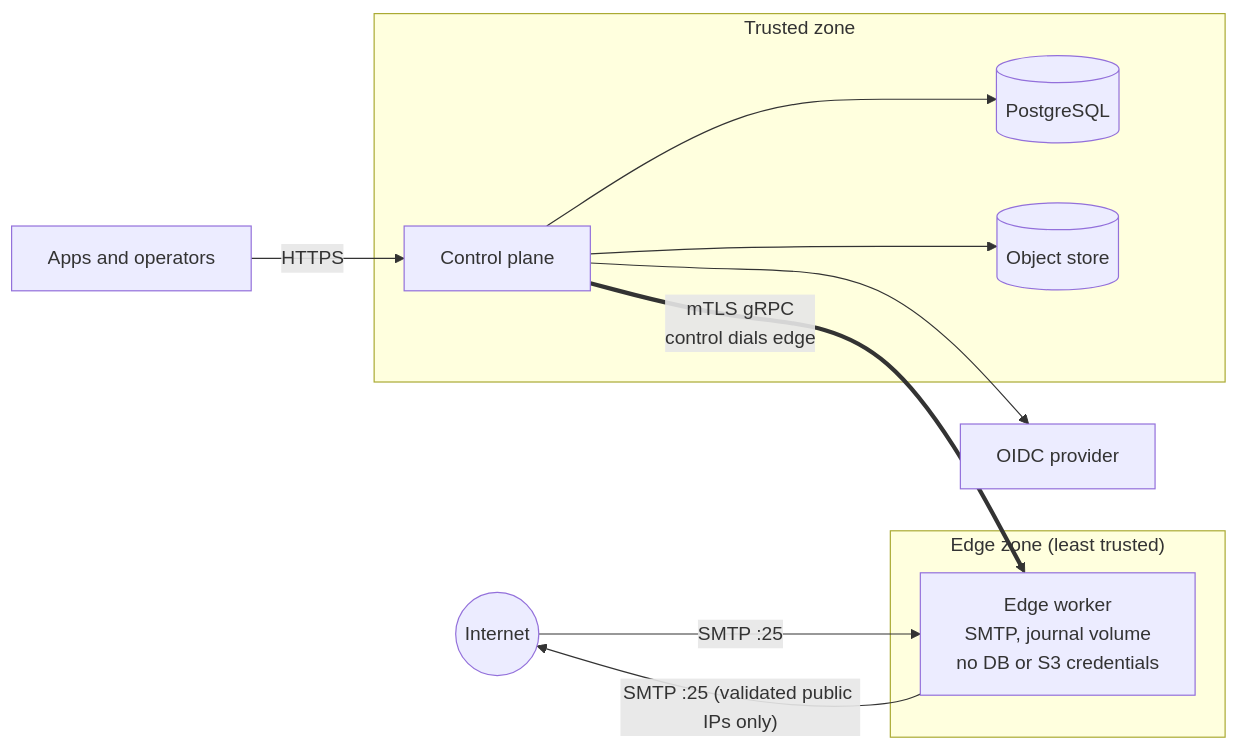
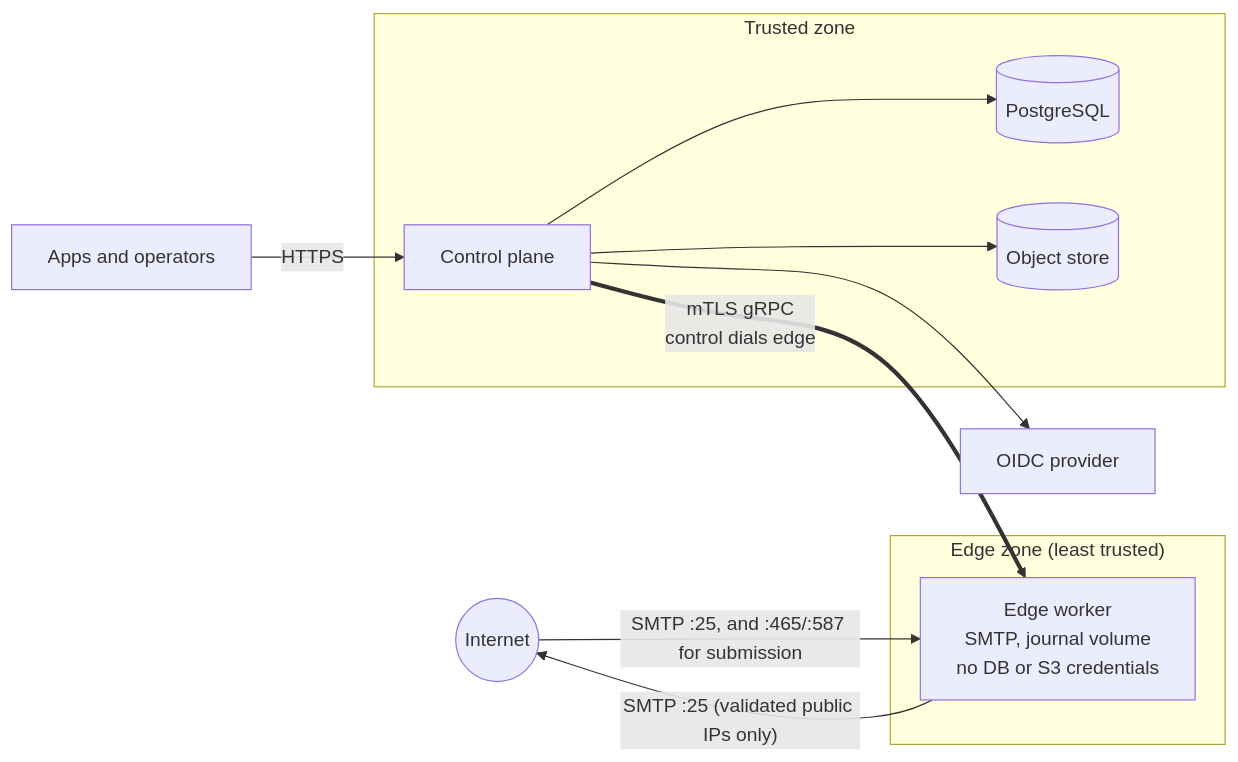
The diagram in docs/security/threat-model.md (zyno-io/thinpost), drawn with Mermaid before and after one commit. The commit also changed other lines of this file and 10 other files, not shown here.

First line of the commit message:
Document SMTP submission (#42)

````diff
--- a/docs/security/threat-model.md
+++ b/docs/security/threat-model.md
@@ -14,21 +14,21 @@
 ```mermaid
 flowchart LR
   internet(("Internet"))
   subgraph edgez["Edge zone (least trusted)"]
     edge["Edge worker<br/>SMTP, journal volume<br/>no DB or S3 credentials"]
   end
   subgraph trusted["Trusted zone"]
     ctl["Control plane"]
     pg[("PostgreSQL")]
     s3[("Object store")]
   end
   idp["OIDC provider"]
   app["Apps and operators"]
-  internet -- "SMTP :25" --> edge
+  internet -- "SMTP :25, and :465/:587 for submission" --> edge
   edge -- "SMTP :25 (validated public IPs only)" --> internet
   ctl == "mTLS gRPC<br/>control dials edge" ==> edge
   ctl --> pg
   ctl --> s3
   ctl --> idp
   app -- "HTTPS" --> ctl
 ```
````
